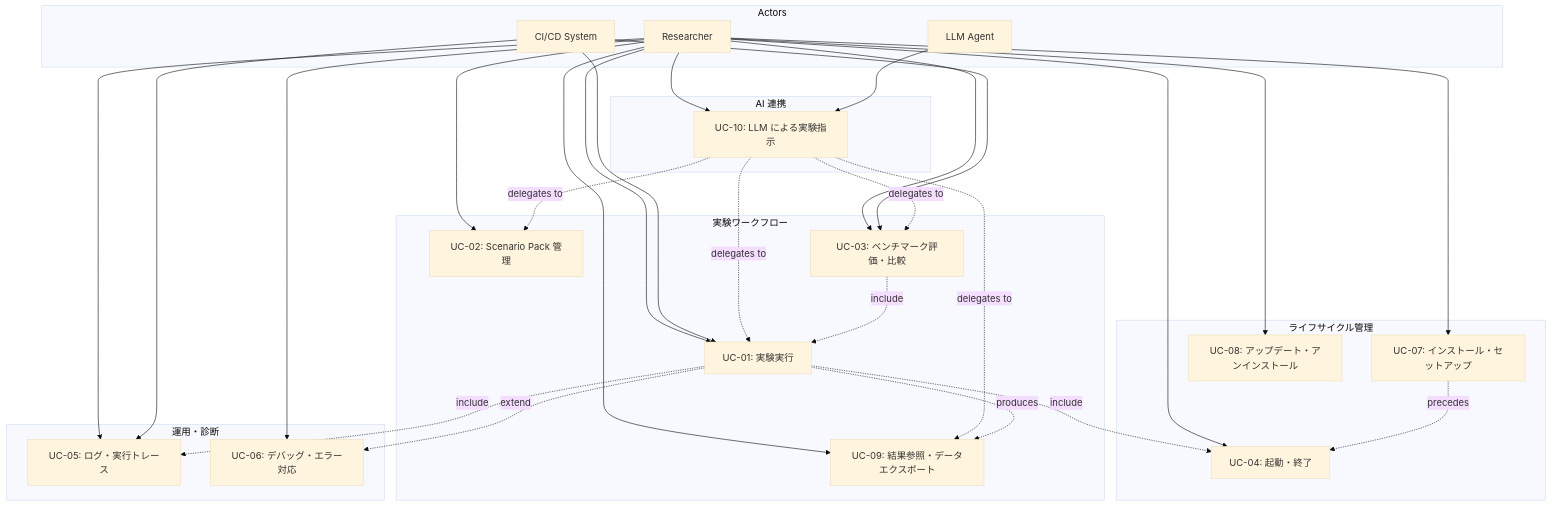
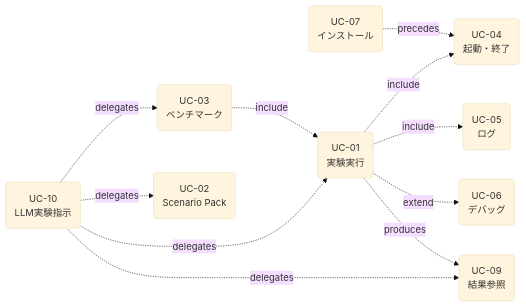
Before and after one commit to bottlenome/gridflow: the second of 14 diagrams in docs/architecture/04_dynamic_view.md, drawn with Mermaid (base theme). The commit also changed other lines of this file, not shown here.

Commit message:
docs: redesign use case diagrams to UML format with analysis
- 4.1.1: actors with person icons (👤🔄🤖) placed left, UCs grouped
  right in rounded boxes within gridflow system boundary
- Add analysis notes explaining why each actor connects to specific UCs
- 4.1.2: add dedicated relationship diagram showing UC dependencies
- Add analysis: UC-01 is central hub, UC-10 delegates-only pattern

https://claude.ai/code/session_01E7ooAYCnSoy3kPxHQSifYT

````diff
--- a/docs/architecture/04_dynamic_view.md
+++ b/docs/architecture/04_dynamic_view.md
@@ -20,58 +72,13 @@
 ```mermaid
-graph TB
-    subgraph Actors
-        R[Researcher]
-        CI[CI/CD System]
-        LLM[LLM Agent]
-    end
-
-    subgraph "ライフサイクル管理"
-        UC07[UC-07: インストール・セットアップ]
-        UC08[UC-08: アップデート・アンインストール]
-        UC04[UC-04: 起動・終了]
-    end
-
-    subgraph "実験ワークフロー"
-        UC02[UC-02: Scenario Pack 管理]
-        UC01[UC-01: 実験実行]
-        UC09[UC-09: 結果参照・データエクスポート]
-        UC03[UC-03: ベンチマーク評価・比較]
-    end
-
-    subgraph "運用・診断"
-        UC05[UC-05: ログ・実行トレース]
-        UC06[UC-06: デバッグ・エラー対応]
-    end
-
-    subgraph "AI 連携"
-        UC10[UC-10: LLM による実験指示]
-    end
-
-    R --> UC07
-    R --> UC08
-    R --> UC04
-    R --> UC02
-    R --> UC01
-    R --> UC09
-    R --> UC03
-    R --> UC05
-    R --> UC06
-    R --> UC10
-
-    CI --> UC01
-    CI --> UC03
-    CI --> UC05
-
-    LLM --> UC10
-    UC10 -.->|delegates to| UC01
-    UC10 -.->|delegates to| UC02
-    UC10 -.->|delegates to| UC03
-    UC10 -.->|delegates to| UC09
-
-    UC07 -.->|precedes| UC04
-    UC01 -.->|include| UC04
-    UC01 -.->|include| UC05
-    UC01 -.->|extend| UC06
-    UC01 -.->|produces| UC09
-    UC03 -.->|include| UC01
+graph LR
+    UC07("UC-07<br>インストール") -.->|precedes| UC04("UC-04<br>起動・終了")
+    UC01("UC-01<br>実験実行") -.->|include| UC04
+    UC01 -.->|include| UC05("UC-05<br>ログ")
+    UC01 -.->|extend| UC06("UC-06<br>デバッグ")
+    UC01 -.->|produces| UC09("UC-09<br>結果参照")
+    UC03("UC-03<br>ベンチマーク") -.->|include| UC01
+    UC10("UC-10<br>LLM実験指示") -.->|delegates| UC01
+    UC10 -.->|delegates| UC02("UC-02<br>Scenario Pack")
+    UC10 -.->|delegates| UC03
+    UC10 -.->|delegates| UC09
 ```
````
